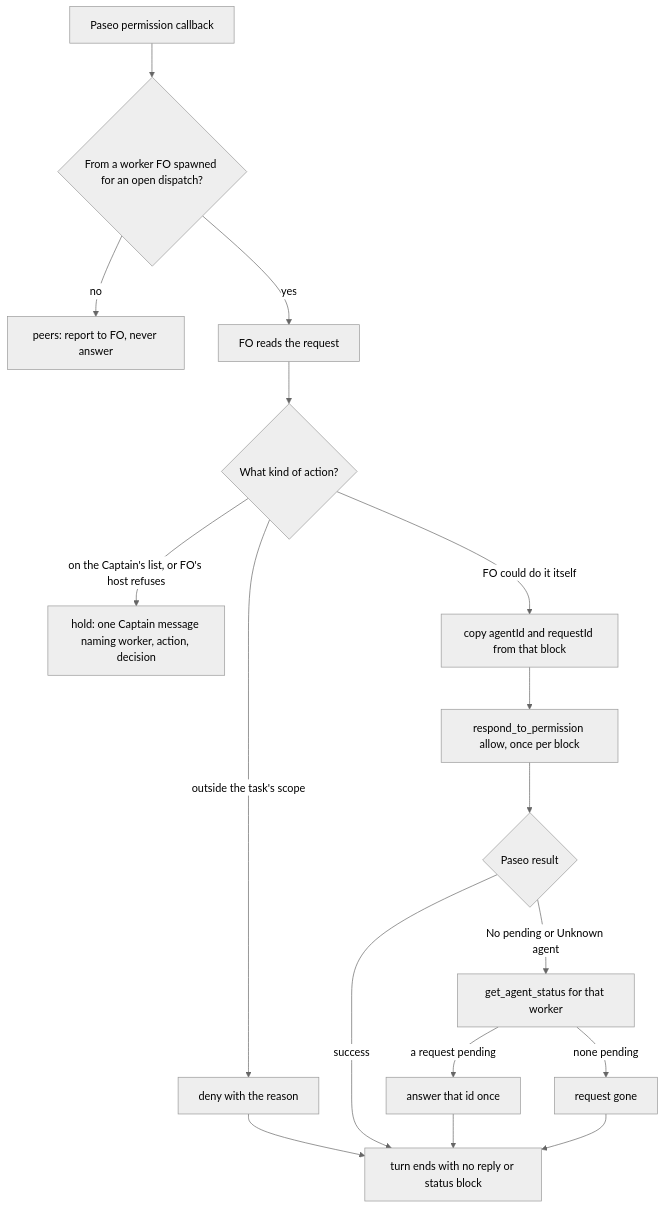
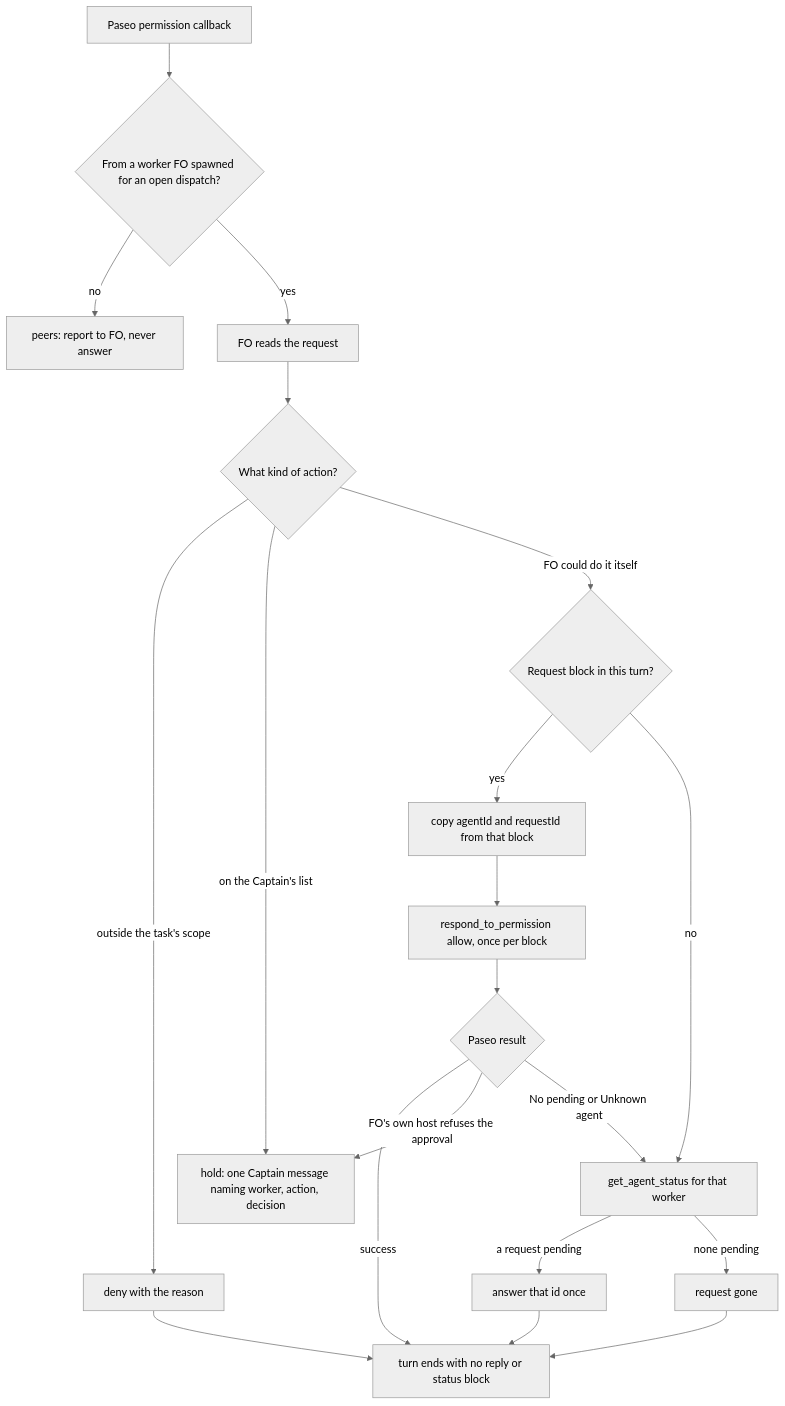
Before and after one commit to iamcxa/kc-claude-plugins: the diagram in fo-answers-own-worker-permissions-by-listed-id.md, drawn with Mermaid (neutral theme). The commit also changed other lines of this file, not shown here.

Commit message:
state: ideation diagram and ADR count fixes for fo-answers-own-worker-permissions-by-listed-id

````diff
--- a/fo-answers-own-worker-permissions-by-listed-id.md
+++ b/fo-answers-own-worker-permissions-by-listed-id.md
@@ -106,17 +106,20 @@
 ```mermaid
 flowchart TD
     N[Paseo permission callback] --> W{From a worker FO spawned for an open dispatch?}
     W -->|no| P[peers: report to FO, never answer]
     W -->|yes| R[FO reads the request]
     R --> B{What kind of action?}
     B -->|outside the task's scope| D[deny with the reason]
-    B -->|on the Captain's list, or FO's host refuses| H[hold: one Captain message naming worker, action, decision]
-    B -->|FO could do it itself| I[copy agentId and requestId from that block]
+    B -->|on the Captain's list| H[hold: one Captain message naming worker, action, decision]
+    B -->|FO could do it itself| C{Request block in this turn?}
+    C -->|yes| I[copy agentId and requestId from that block]
+    C -->|no| S
     I --> A[respond_to_permission allow, once per block]
     D --> E[turn ends with no reply or status block]
     A --> X{Paseo result}
     X -->|success| E
+    X -->|FO's own host refuses the approval| H
     X -->|No pending or Unknown agent| S[get_agent_status for that worker]
     S -->|a request pending| I2[answer that id once] --> E
     S -->|none pending| G[request gone] --> E
 ```
````
